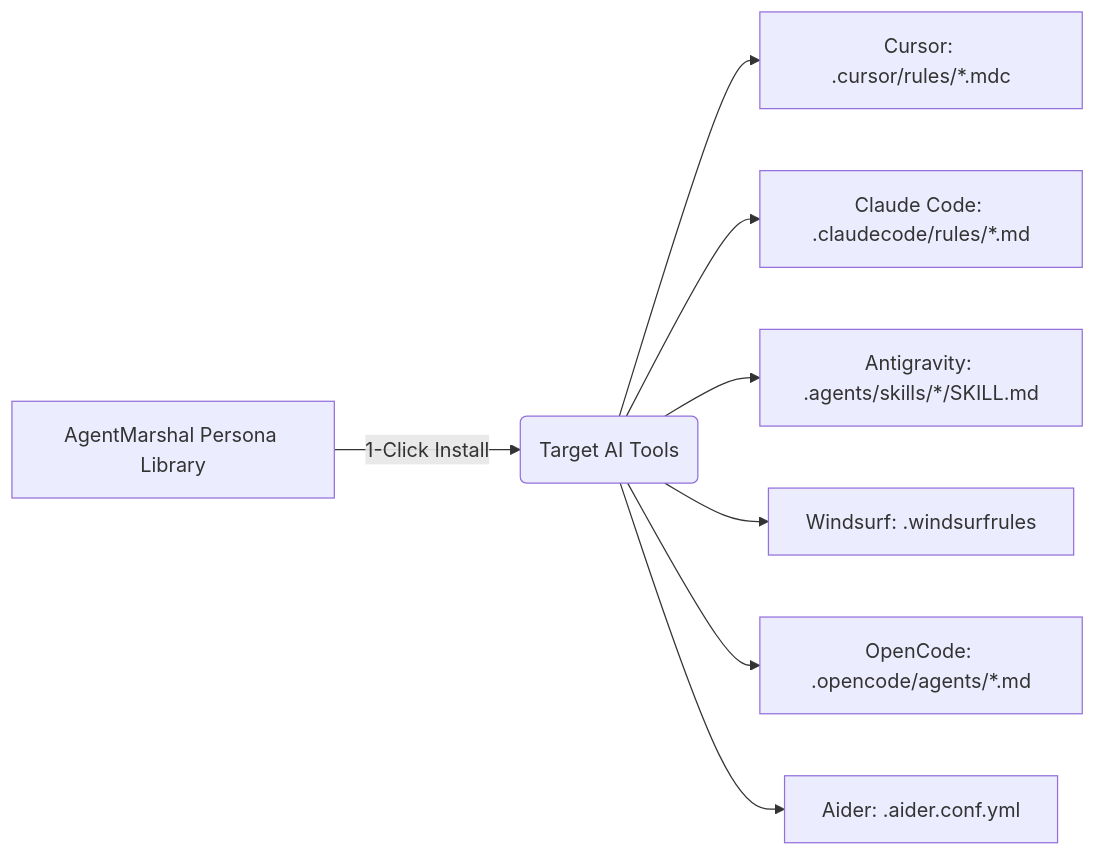
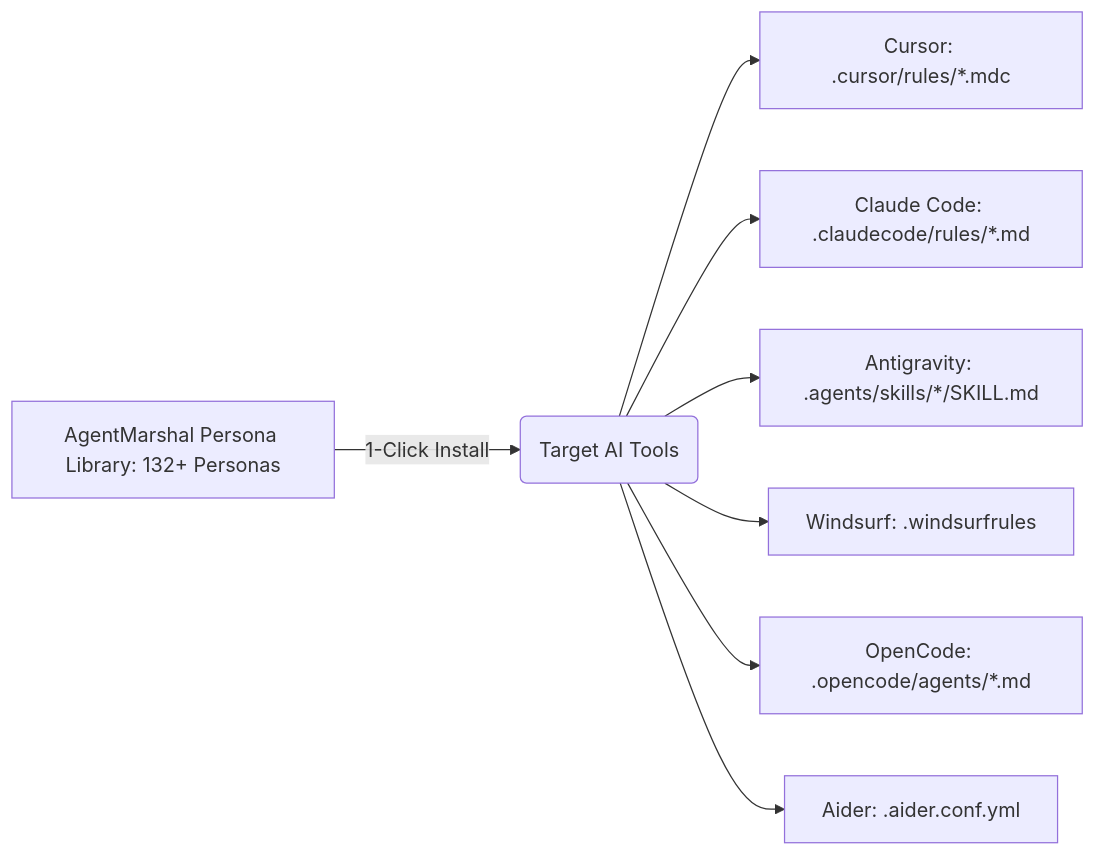
One commit to RoyalLit/AgentMarshal changed the diagram in README.md. Above: the diagram before and after it, drawn with Mermaid. The commit also changed other lines of this file and 133 other files, not shown here.

Commit message:
feat: expand AI Agency library to 132 standalone subagent personas, add instant search & system prompt inspector

````diff
--- a/README.md
+++ b/README.md
@@ -46,10 +47,10 @@
 ```mermaid
 graph LR
-    A[AgentMarshal Persona Library] -->|1-Click Install| B(Target AI Tools)
+    A[AgentMarshal Persona Library: 132+ Personas] -->|1-Click Install| B(Target AI Tools)
     B --> C[Cursor: .cursor/rules/*.mdc]
     B --> D[Claude Code: .claudecode/rules/*.md]
     B --> E[Antigravity: .agents/skills/*/SKILL.md]
     B --> F[Windsurf: .windsurfrules]
     B --> G[OpenCode: .opencode/agents/*.md]
     B --> H[Aider: .aider.conf.yml]
 ```
````
